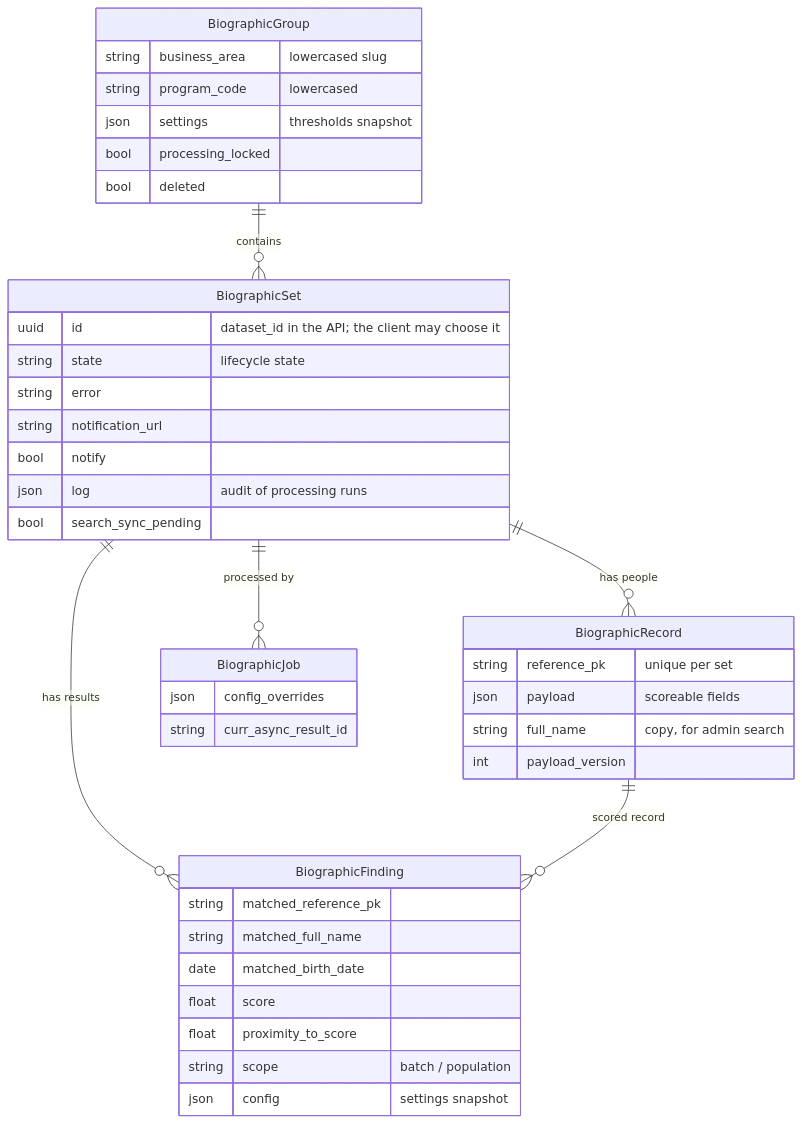
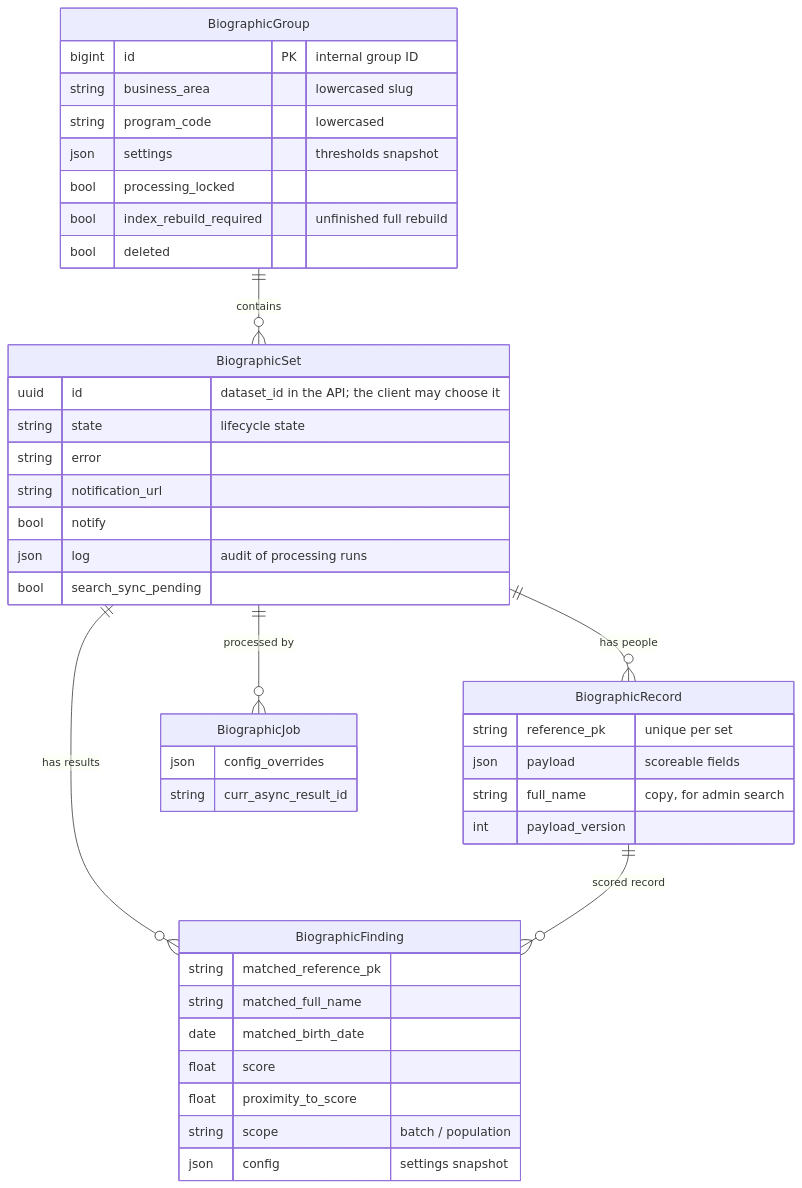
The diagram in docs/src/biographic/concepts/data-model.md (unicef/hope-dedup-engine), drawn with Mermaid before and after one commit. The commit also changed other lines of this file and 12 other files, not shown here.

````diff
--- a/docs/src/biographic/concepts/data-model.md
+++ b/docs/src/biographic/concepts/data-model.md
@@ -5,48 +5,50 @@
 ```mermaid
 erDiagram
     BiographicGroup ||--o{ BiographicSet : contains
     BiographicSet ||--o{ BiographicRecord : "has people"
     BiographicSet ||--o{ BiographicFinding : "has results"
     BiographicSet ||--o{ BiographicJob : "processed by"
     BiographicRecord ||--o{ BiographicFinding : "scored record"
 
     BiographicGroup {
+        bigint id PK "internal group ID"
         string business_area "lowercased slug"
         string program_code "lowercased"
         json settings "thresholds snapshot"
         bool processing_locked
+        bool index_rebuild_required "unfinished full rebuild"
         bool deleted
     }
 
     BiographicSet {
         uuid id "dataset_id in the API; the client may choose it"
         string state "lifecycle state"
         string error
         string notification_url
         bool notify
         json log "audit of processing runs"
         bool search_sync_pending
     }
 
     BiographicRecord {
         string reference_pk "unique per set"
         json payload "scoreable fields"
         string full_name "copy, for admin search"
         int payload_version
     }
 
     BiographicFinding {
         string matched_reference_pk
         string matched_full_name
         date matched_birth_date
         float score
         float proximity_to_score
         string scope "batch / population"
         json config "settings snapshot"
     }
 
     BiographicJob {
         json config_overrides
         string curr_async_result_id
     }
 ```
````
